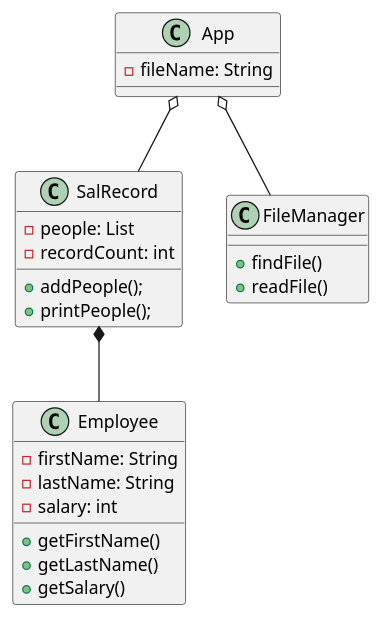
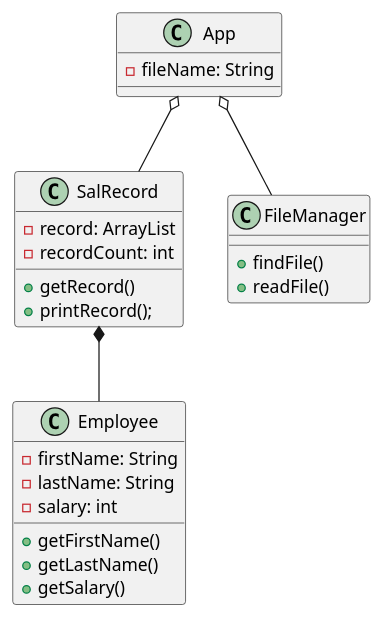
Before and after one commit to kingraham228/Ingraham-cop3330-assignment3: the diagram in src/main/java/ex42/ParsingDataFile.puml, drawn with PlantUML. The commit also changed 3 other files, not shown here.

```diff
--- a/src/main/java/ex42/ParsingDataFile.puml
+++ b/src/main/java/ex42/ParsingDataFile.puml
@@ -1,29 +1,29 @@
 @startuml
 class App{
 -fileName: String
 }
 class SalRecord{
--people: List
+-record: ArrayList
 -recordCount: int
-+addPeople();
-+printPeople();
++getRecord()
++printRecord();
 }
 
 class Employee{
 - firstName: String
 - lastName: String
 -salary: int
 + getFirstName()
 + getLastName()
 + getSalary()
 }
 
 class FileManager{
 + findFile()
 +readFile()
 }
 
 App o-- FileManager
 App o-- SalRecord
 SalRecord *--Employee
 @enduml
```
